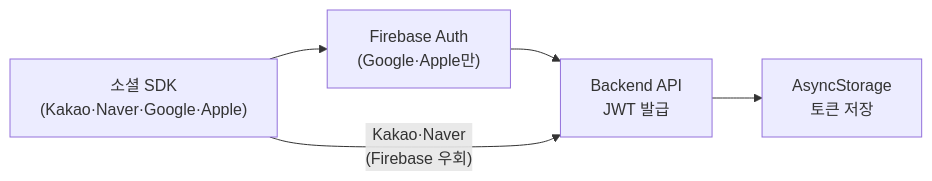
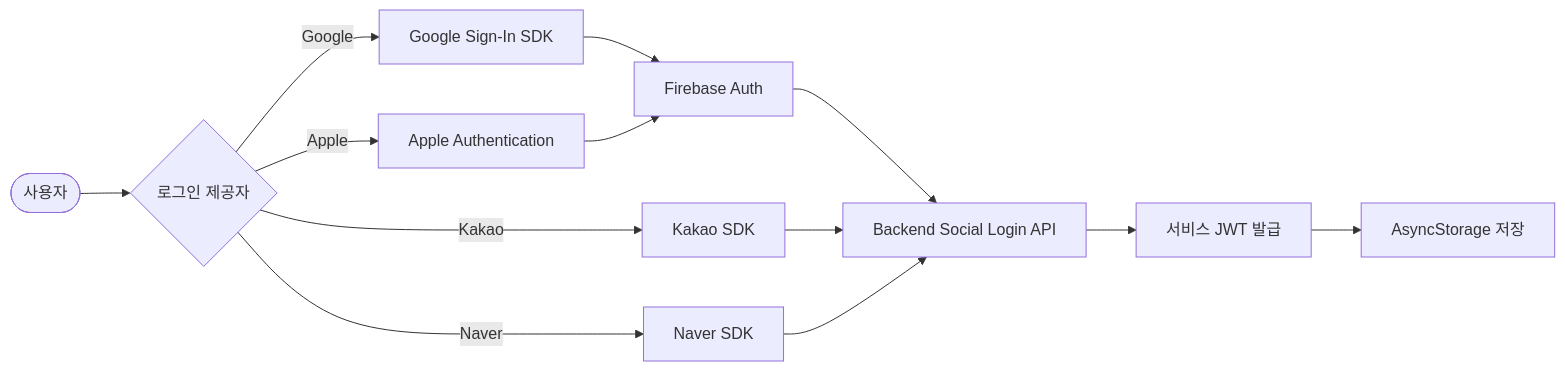
Before and after one commit to Gahyun-313/neurous-client: the second of 8 diagrams in docs/AUTH_FLOW.md, drawn with Mermaid. The commit also changed other lines of this file, not shown here.

Commit message:
docs: AUTH_FLOW 업데이트

````diff
--- a/docs/AUTH_FLOW.md
+++ b/docs/AUTH_FLOW.md
@@ -7,10 +48,15 @@
 ```mermaid
 flowchart LR
-    Social["소셜 SDK<br/>(Kakao·Naver·Google·Apple)"]
-    Firebase["Firebase Auth<br/>(Google·Apple만)"]
-    Backend["Backend API<br/>JWT 발급"]
-    Storage["AsyncStorage<br/>토큰 저장"]
-
-    Social --> Firebase --> Backend --> Storage
-    Social -- "Kakao·Naver<br/>(Firebase 우회)" --> Backend
+    User([사용자]) --> Provider{로그인 제공자}
+    Provider -- Google --> Google[Google Sign-In SDK]
+    Provider -- Apple --> Apple[Apple Authentication]
+    Provider -- Kakao --> Kakao[Kakao SDK]
+    Provider -- Naver --> Naver[Naver SDK]
+    Google --> Firebase[Firebase Auth]
+    Apple --> Firebase
+    Firebase --> Backend[Backend Social Login API]
+    Kakao --> Backend
+    Naver --> Backend
+    Backend --> JWT[서비스 JWT 발급]
+    JWT --> Storage[AsyncStorage 저장]
 ```
````
